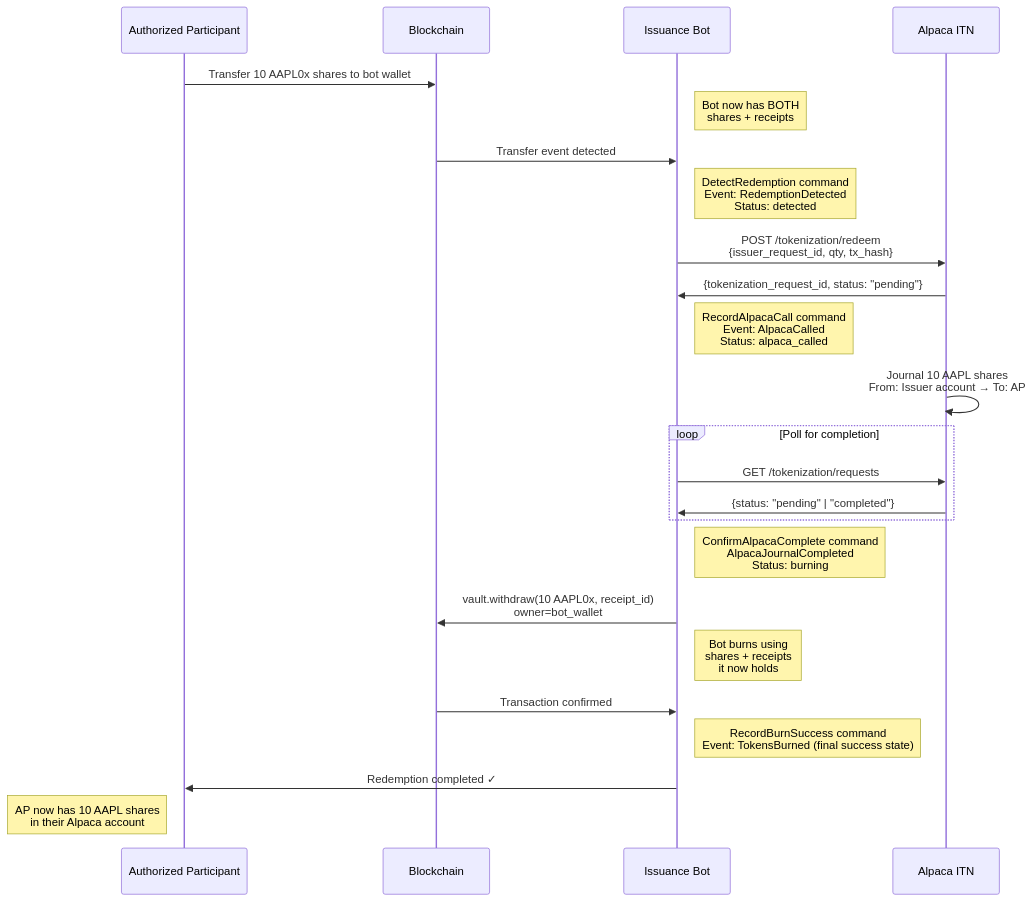
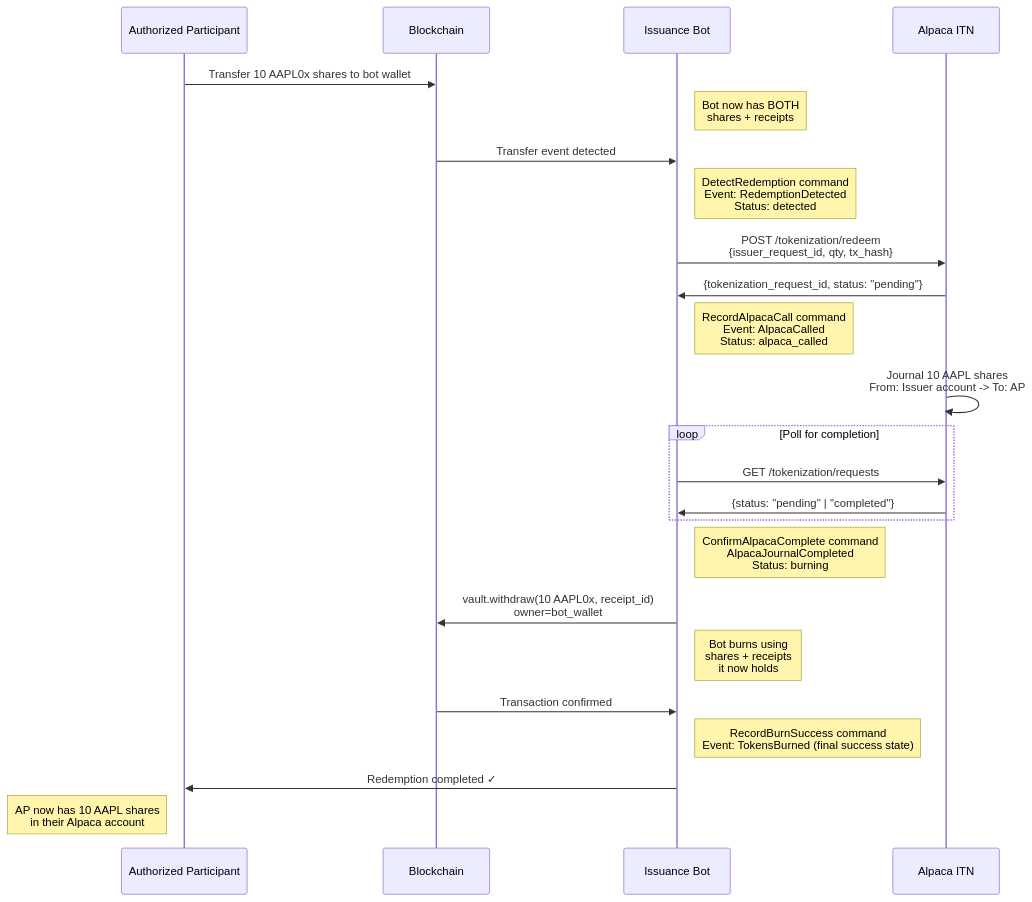
One commit to ST0x-Technology/st0x.issuance changed the fifth of 7 diagrams in SPEC.md. Above: the diagram before and after it, drawn with Mermaid. The commit also changed other lines of this file and 1 other file, not shown here.

````diff
--- a/SPEC.md
+++ b/SPEC.md
@@ -962,33 +977,33 @@
 ```mermaid
 sequenceDiagram
     participant AP as Authorized Participant
     participant Blockchain as Blockchain
     participant Us as Issuance Bot
     participant Alpaca as Alpaca ITN
 
     AP->>Blockchain: Transfer 10 AAPL0x shares to bot wallet
     Note right of Us: Bot now has BOTH<br/>shares + receipts
     Blockchain->>Us: Transfer event detected
     Note right of Us: DetectRedemption command<br/>Event: RedemptionDetected<br/>Status: detected
 
     Us->>Alpaca: POST /tokenization/redeem<br/>{issuer_request_id, qty, tx_hash}
     Alpaca->>Us: {tokenization_request_id, status: "pending"}
     Note right of Us: RecordAlpacaCall command<br/>Event: AlpacaCalled<br/>Status: alpaca_called
 
-    Alpaca->>Alpaca: Journal 10 AAPL shares<br/>From: Issuer account → To: AP
+    Alpaca->>Alpaca: Journal 10 AAPL shares<br/>From: Issuer account -> To: AP
 
     loop Poll for completion
         Us->>Alpaca: GET /tokenization/requests
         Alpaca->>Us: {status: "pending" | "completed"}
     end
 
     Note right of Us: ConfirmAlpacaComplete command<br/>AlpacaJournalCompleted<br/>Status: burning
 
     Us->>Blockchain: vault.withdraw(10 AAPL0x, receipt_id)<br/>owner=bot_wallet
     Note right of Us: Bot burns using<br/>shares + receipts<br/>it now holds
     Blockchain->>Us: Transaction confirmed
     Note right of Us: RecordBurnSuccess command<br/>Event: TokensBurned (final success state)
 
     Us->>AP: Redemption completed ✓
     Note left of AP: AP now has 10 AAPL shares<br/>in their Alpaca account
 ```
````
